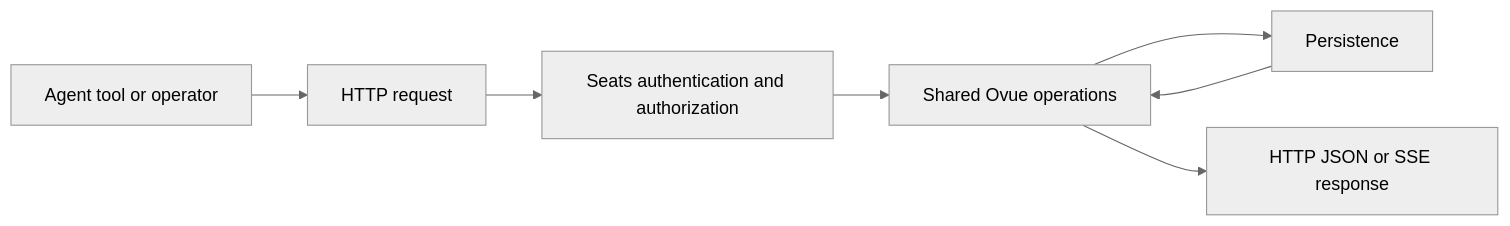
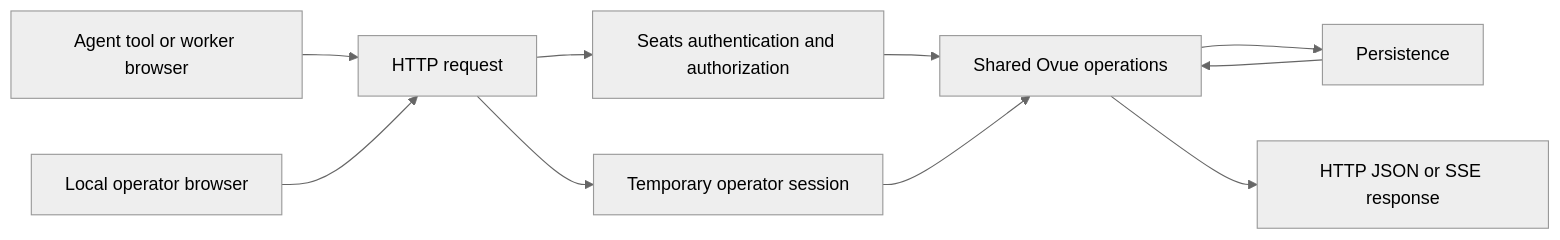
The diagram in ovue/transports/http/spec.md (afroguy16/ovue), drawn with Mermaid (neutral theme) before and after one commit. The commit also changed other lines of this file and 21 other files, not shown here.

Commit message:
feat(http): add local browser inbox and traffic views

````diff
--- a/ovue/transports/http/spec.md
+++ b/ovue/transports/http/spec.md
@@ -34,9 +38,12 @@
 ```mermaid
 flowchart LR
-    Client[Agent tool or operator] --> HTTP[HTTP request]
+    Worker[Agent tool or worker browser] --> HTTP[HTTP request]
     HTTP --> Auth[Seats authentication and authorization]
     Auth --> Operations[Shared Ovue operations]
     Operations --> Storage[Persistence]
     Operations --> Response[HTTP JSON or SSE response]
     Storage --> Operations
+    Operator[Local operator browser] --> HTTP
+    HTTP --> OperatorAuth[Temporary operator session]
+    OperatorAuth --> Operations
 ```
````
